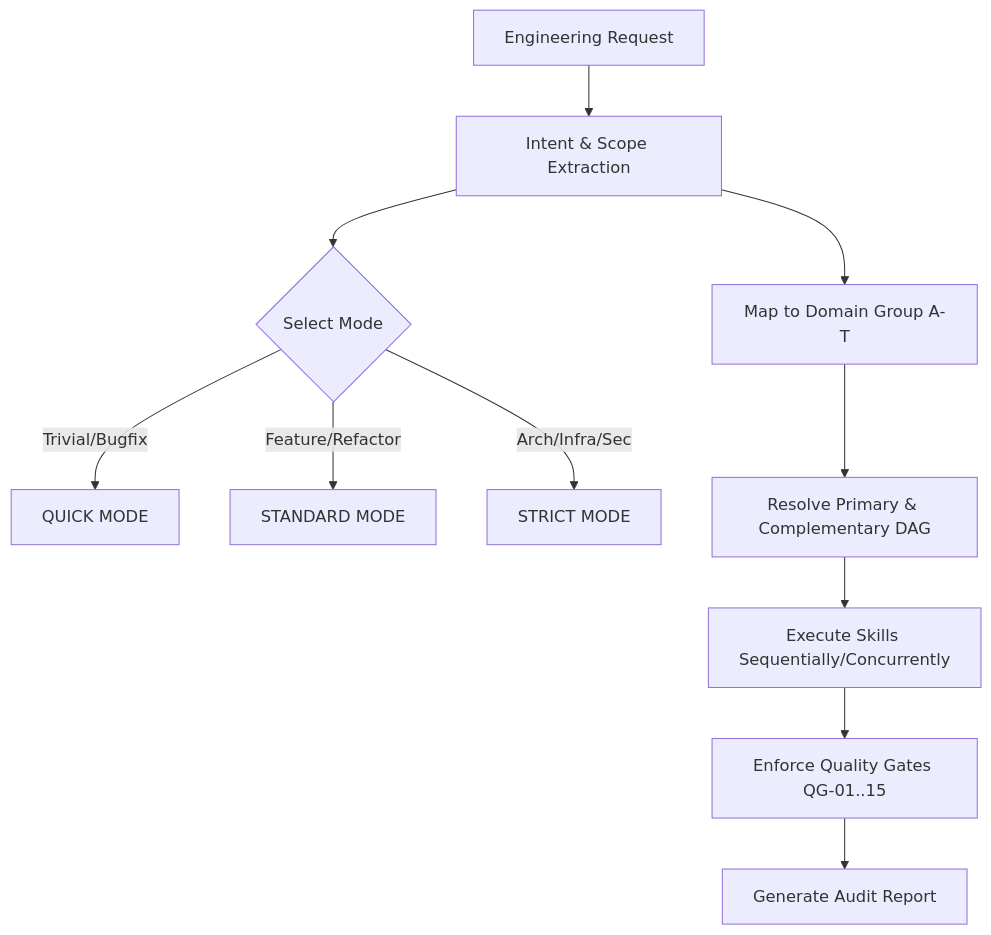
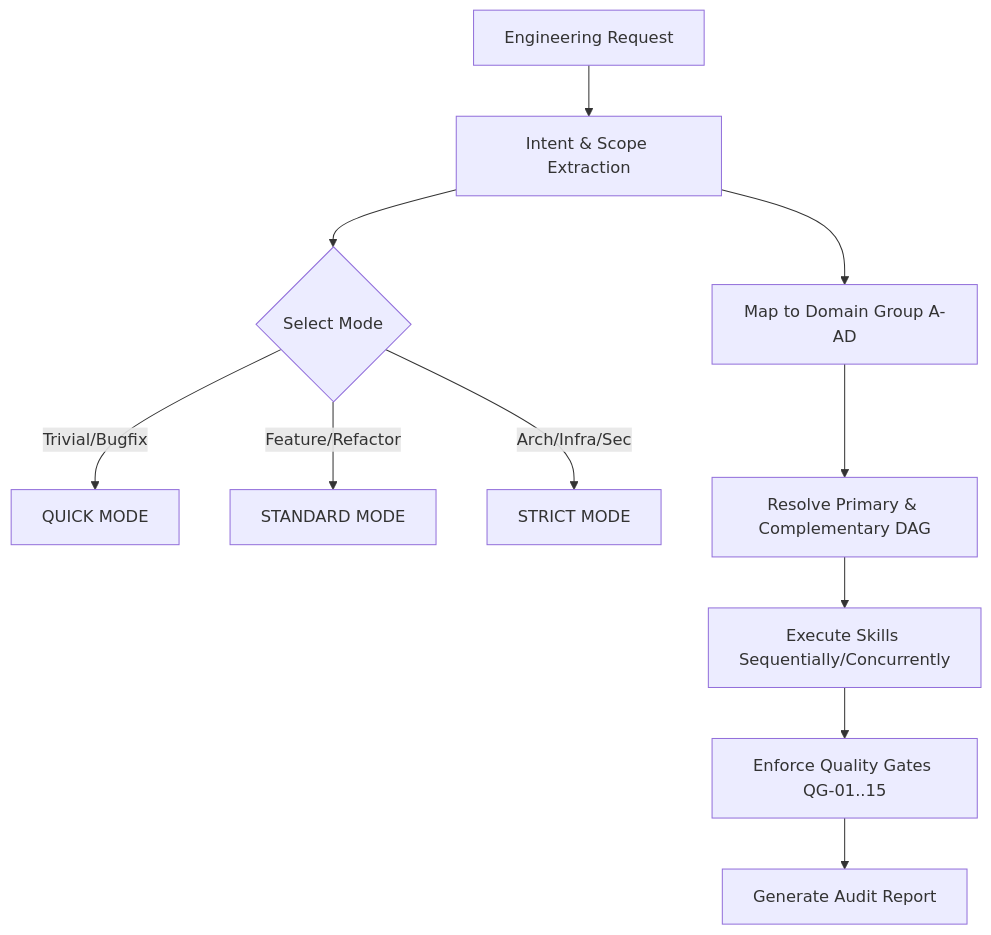
The diagram in ROUTING_MATRIX.md (nguyenducanhst2022-png/dex-engineering-skills), drawn with Mermaid before and after one commit. The commit also changed other lines of this file and 128 other files, not shown here.

````diff
--- a/ROUTING_MATRIX.md
+++ b/ROUTING_MATRIX.md
@@ -12,14 +12,14 @@
 ```mermaid
 graph TD
     Prompt[Engineering Request] --> Intent[Intent & Scope Extraction]
     Intent --> SelectMode{Select Mode}
     SelectMode -->|Trivial/Bugfix| QUICK[QUICK MODE]
     SelectMode -->|Feature/Refactor| STANDARD[STANDARD MODE]
     SelectMode -->|Arch/Infra/Sec| STRICT[STRICT MODE]
     
-    Intent --> MapGroup[Map to Domain Group A-T]
+    Intent --> MapGroup[Map to Domain Group A-AD]
     MapGroup --> ResolveDAG[Resolve Primary & Complementary DAG]
     ResolveDAG --> ExecuteChain[Execute Skills Sequentially/Concurrently]
     ExecuteChain --> EnforceGates[Enforce Quality Gates QG-01..15]
     EnforceGates --> Report[Generate Audit Report]
 ```
````
